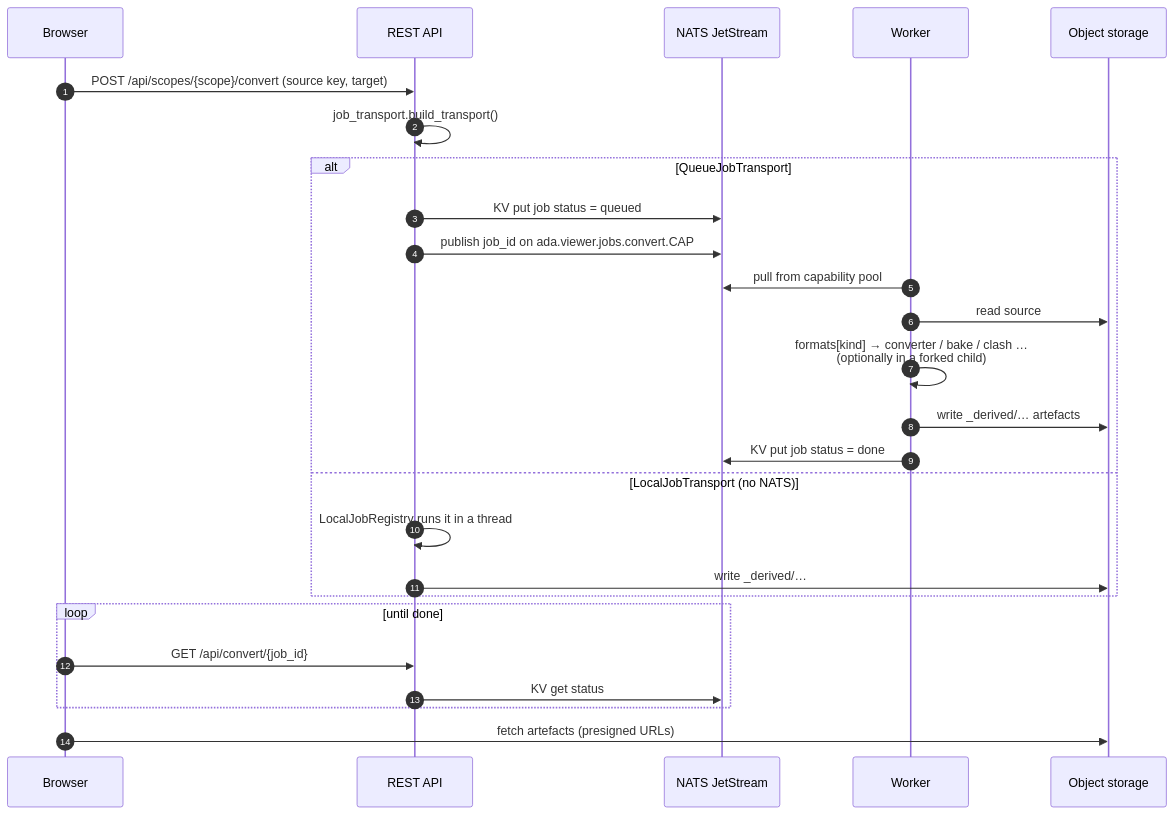
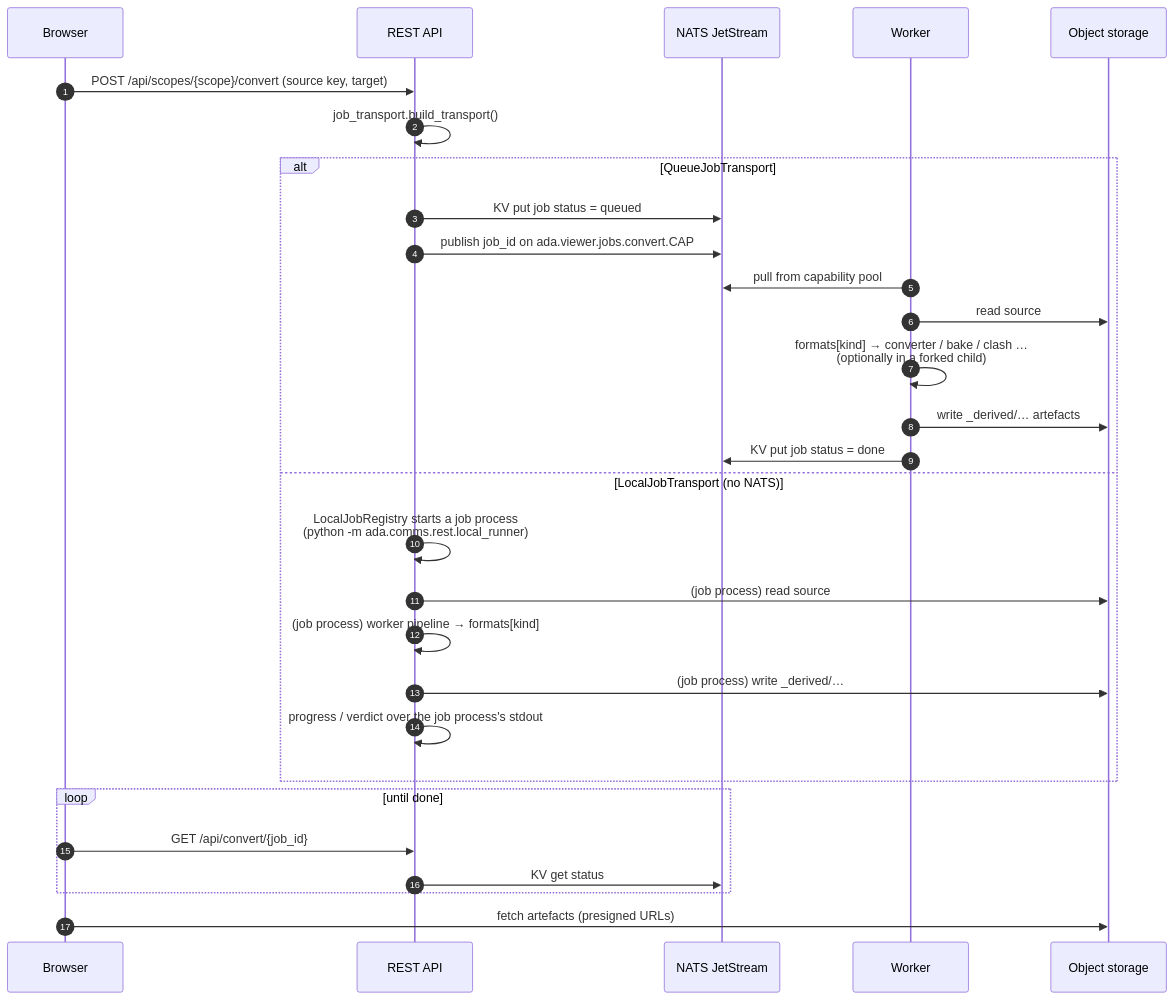
Before and after one commit to Krande/adapy: the second of 5 diagrams in docs/architecture/platform.md, drawn with Mermaid. The commit also changed other lines of this file and 16 other files, not shown here.

First line of the commit message:
feat(rest): a queue-less server runs conversions and bakes in its own environment

````diff
--- a/docs/architecture/platform.md
+++ b/docs/architecture/platform.md
@@ -88,29 +88,32 @@
 ```mermaid
 sequenceDiagram
     autonumber
     participant B as Browser
     participant A as REST API
     participant Q as NATS JetStream
     participant W as Worker
     participant S as Object storage
 
     B->>A: POST /api/scopes/{scope}/convert (source key, target)
     A->>A: job_transport.build_transport()
     alt QueueJobTransport
         A->>Q: KV put job status = queued
         A->>Q: publish job_id on ada.viewer.jobs.convert.CAP
         W->>Q: pull from capability pool
         W->>S: read source
         W->>W: formats[kind] → converter / bake / clash …<br/>(optionally in a forked child)
         W->>S: write _derived/… artefacts
         W->>Q: KV put job status = done
     else LocalJobTransport (no NATS)
-        A->>A: LocalJobRegistry runs it in a thread
-        A->>S: write _derived/…
+        A->>A: LocalJobRegistry starts a job process<br/>(python -m ada.comms.rest.local_runner)
+        A->>S: (job process) read source
+        A->>A: (job process) worker pipeline → formats[kind]
+        A->>S: (job process) write _derived/…
+        A->>A: progress / verdict over the job process's stdout
     end
     loop until done
         B->>A: GET /api/convert/{job_id}
         A->>Q: KV get status
     end
     B->>S: fetch artefacts (presigned URLs)
 ```
````
